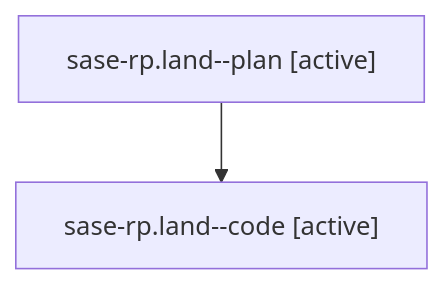
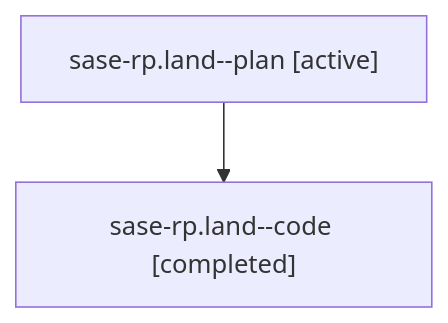
Before and after one commit to sase-org/sase--agents: the diagram in families/bbugyi200.athena.sase-rp.land.md, drawn with Mermaid. The commit also changed other lines of this file and 35830 other files, not shown here.

````diff
--- a/families/bbugyi200.athena.sase-rp.land.md
+++ b/families/bbugyi200.athena.sase-rp.land.md
@@ -9,6 +9,6 @@
 ```mermaid
 flowchart TD
   n0["sase-rp.land--plan [active]"]
-  n1["sase-rp.land--code [active]"]
+  n1["sase-rp.land--code [completed]"]
   n0 --> n1
 ```
````
